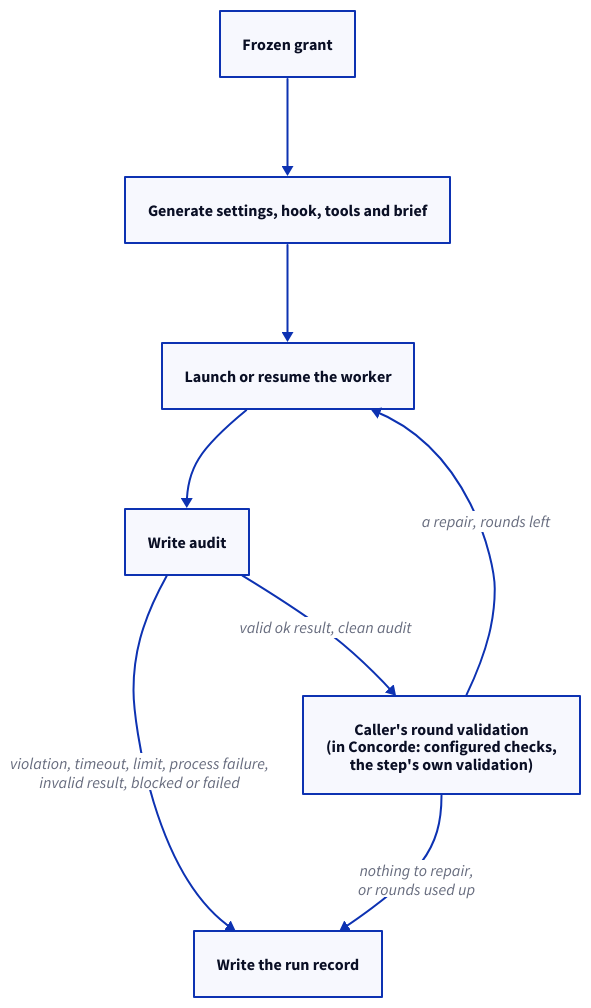
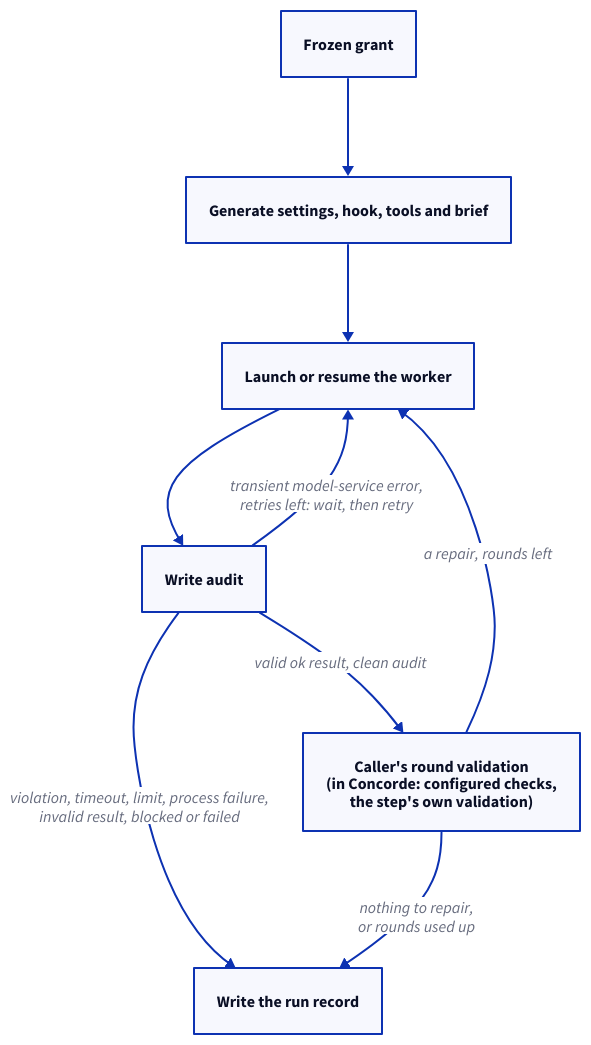
Before and after one commit to FTOD/concorde: the second of 5 diagrams in specs/concorde/worker-harness/workers/module.md, drawn with D2. The commit also changed other lines of this file and 17 other files, not shown here.

First line of the commit message:
Workers retries rounds that transient model-service errors ended; project_review defaults to --parallel 2

````diff
--- a/specs/concorde/worker-harness/workers/module.md
+++ b/specs/concorde/worker-harness/workers/module.md
@@ -367,13 +367,14 @@
 ```d2 illustrative
 grant: Frozen grant
 generate: Generate settings, hook, tools and brief
 launch: Launch or resume the worker
 audit: Write audit
 record: Write the run record
 validation: "Caller's round validation\n(in Concorde: configured checks,\nthe step's own validation)"
 grant -> generate -> launch -> audit
+audit -> launch: "transient model-service error,\nretries left: wait, then retry"
 audit -> record: "violation, timeout, limit, process failure,\ninvalid result, blocked or failed"
 audit -> validation: "valid ok result, clean audit"
 validation -> launch: "a repair, rounds left"
 validation -> record: "nothing to repair,\nor rounds used up"
 ```
````
